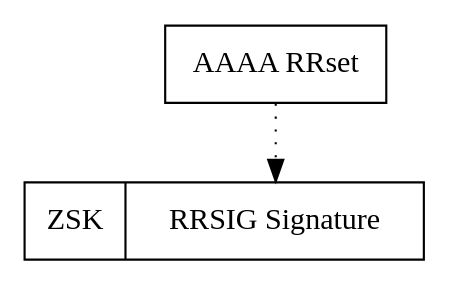
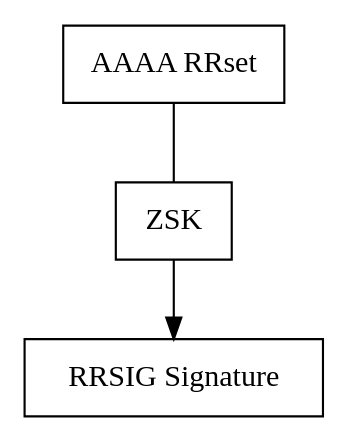
Before and after one commit to omussell/homelab: the diagram in pic/zsk.gv, drawn with Graphviz. The commit also changed 1 other file, not shown here.

```diff
--- a/pic/zsk.gv
+++ b/pic/zsk.gv
@@ -1,7 +1,9 @@
 digraph structs {
 node [shape=record];
 	struct1 [shape=record, label="AAAA RRset"];
-	struct2 [shape=record, label="ZSK | {<f1> RRSIG Signature }"];
+	struct2 [shape=record, label="ZSK"];
+	struct3 [shape=record, label="RRSIG Signature"];
 
-	struct1 -> struct2:f1 [style=dotted];
+	struct1 -> struct2 [arrowhead=none];
+	struct2 -> struct3;
 }
```
